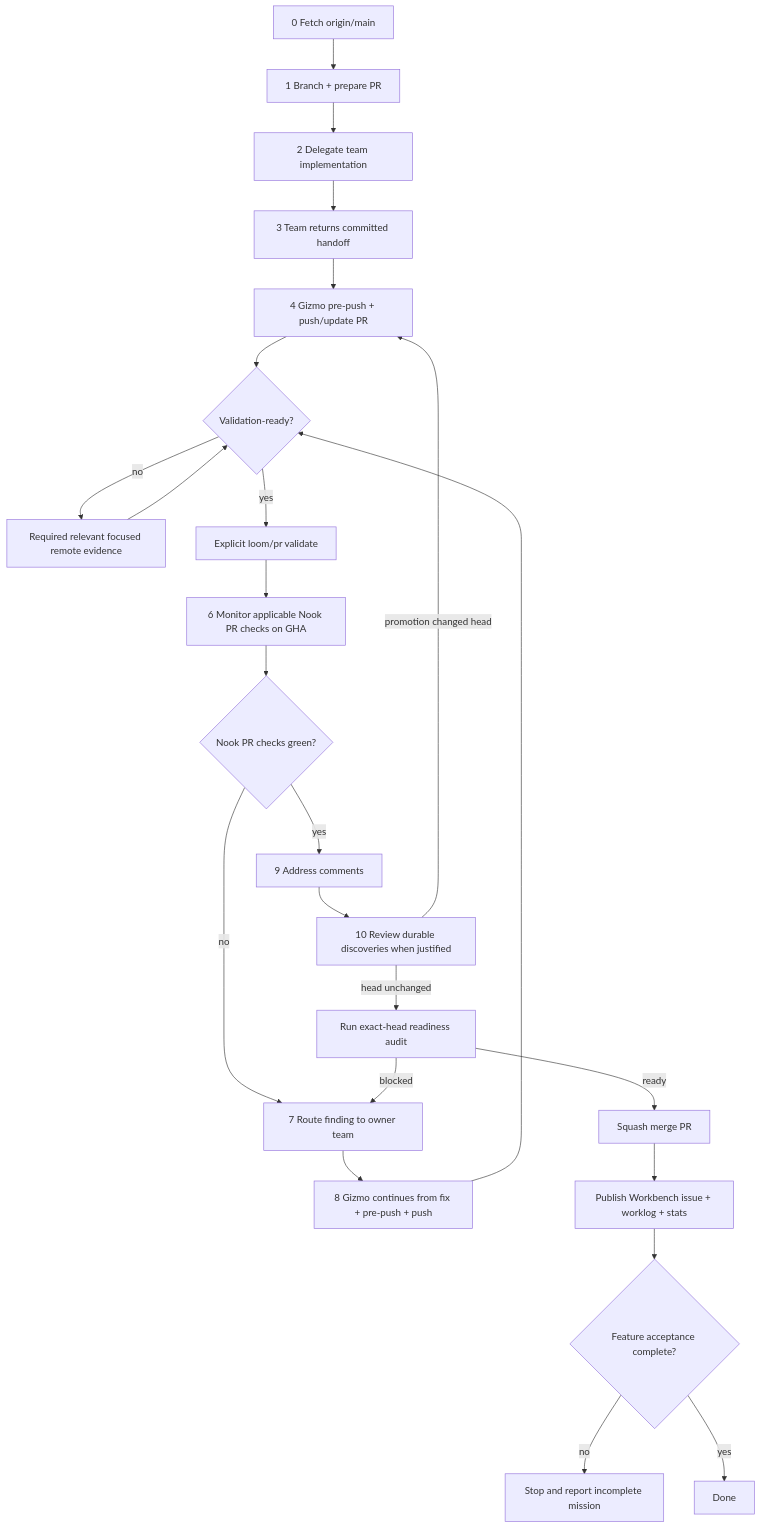
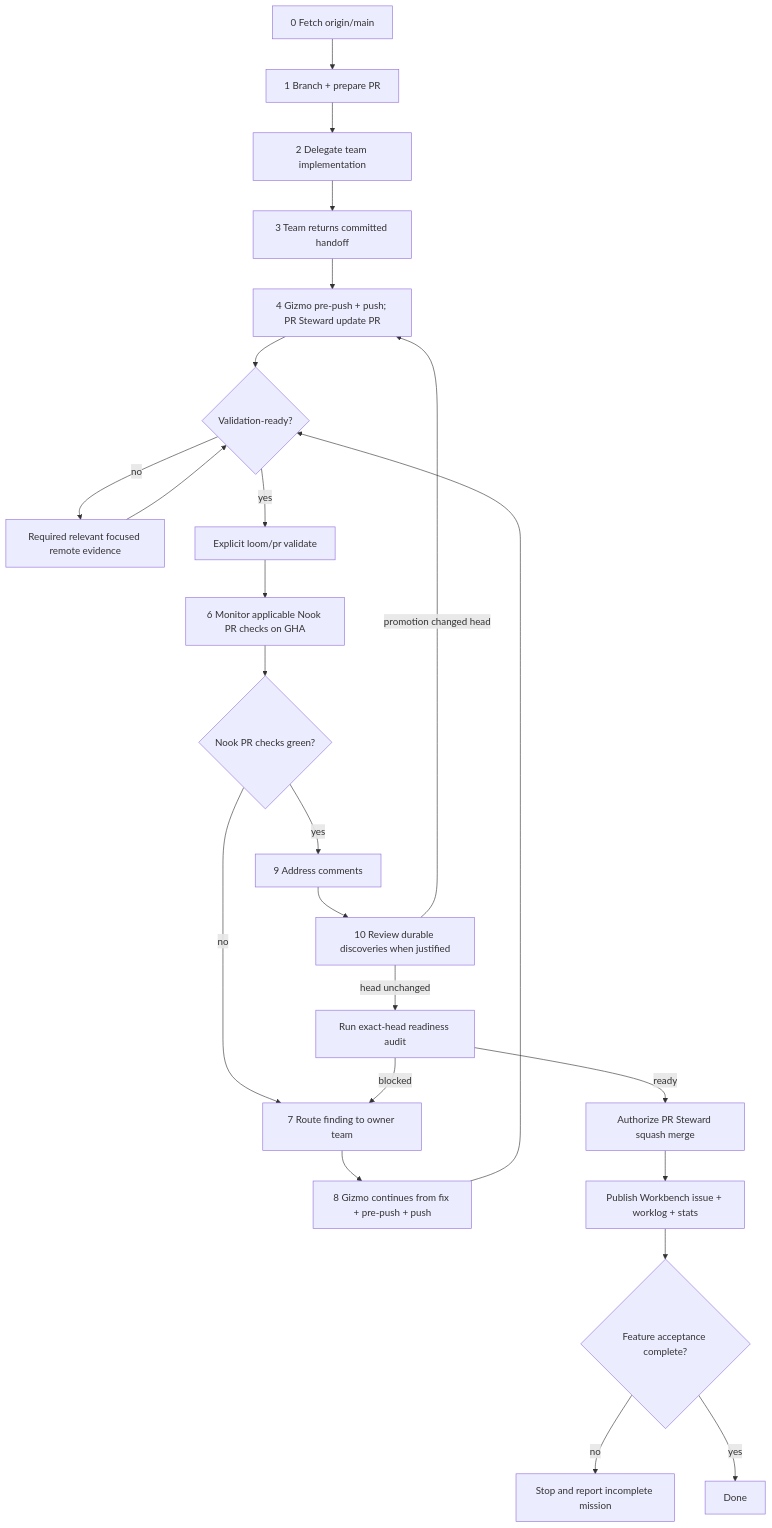
One commit to meta-secret/nook changed the diagram in .cortex/gizmo/workflows/pull-requests.md. Above: the diagram before and after it, drawn with Mermaid. The commit also changed other lines of this file and 31 other files, not shown here.

````diff
--- a/.cortex/gizmo/workflows/pull-requests.md
+++ b/.cortex/gizmo/workflows/pull-requests.md
@@ -293,26 +341,26 @@
 ```mermaid
 flowchart TD
   Z[0 Fetch origin/main] --> A[1 Branch + prepare PR]
   A --> I[2 Delegate team implementation]
   I --> CMT[3 Team returns committed handoff]
-  CMT --> E[4 Gizmo pre-push + push/update PR]
+  CMT --> E[4 Gizmo pre-push + push; PR Steward update PR]
   E --> D{Validation-ready?}
   D -->|no| X[Required relevant focused remote evidence]
   D -->|yes| V[Explicit loom/pr validate]
   X --> D
   V --> F[6 Monitor applicable Nook PR checks on GHA]
   F --> G{Nook PR checks green?}
   G -->|no| H[7 Route finding to owner team]
   H --> PUSH[8 Gizmo continues from fix + pre-push + push]
   PUSH --> D
   G -->|yes| C[9 Address comments]
   C --> SI[10 Review durable discoveries when justified]
   SI -->|promotion changed head| E
   SI -->|head unchanged| R[Run exact-head readiness audit]
   R -->|blocked| H
-  R -->|ready| M[Squash merge PR]
+  R -->|ready| M[Authorize PR Steward squash merge]
   M --> S[Publish Workbench issue + worklog + stats]
   S --> J{Feature acceptance complete?}
   J -->|no| B[Stop and report incomplete mission]
   J -->|yes| K[Done]
 ```
````
